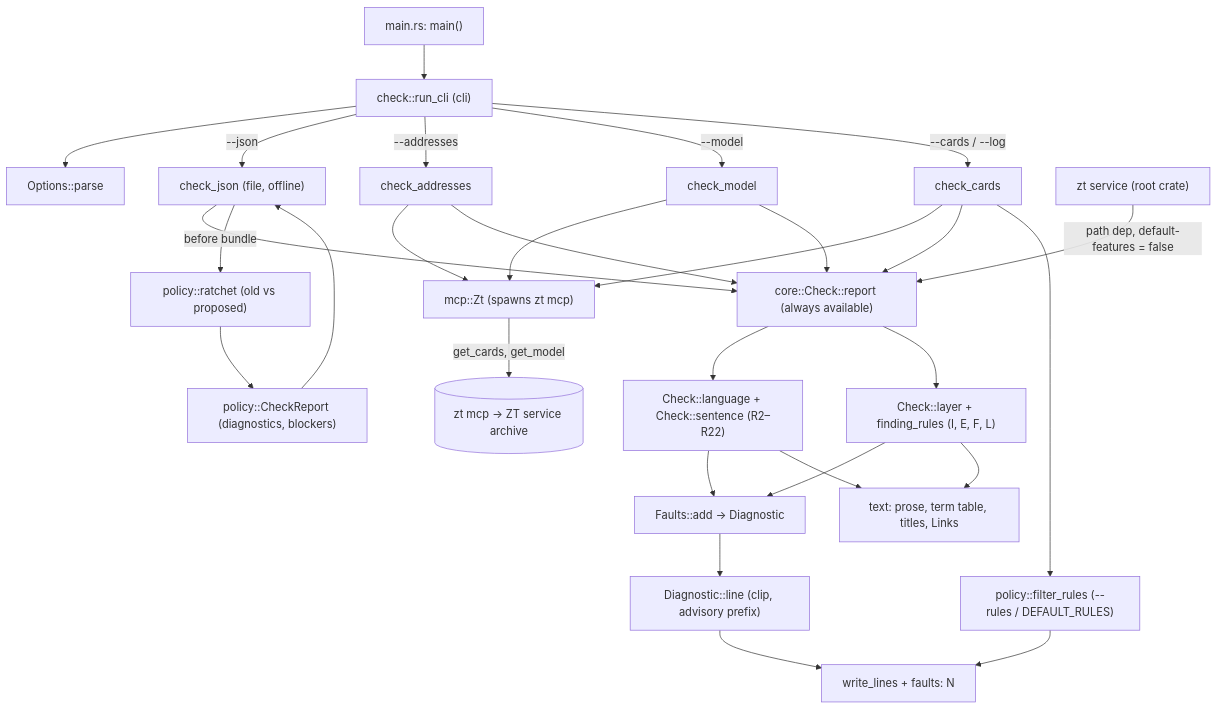
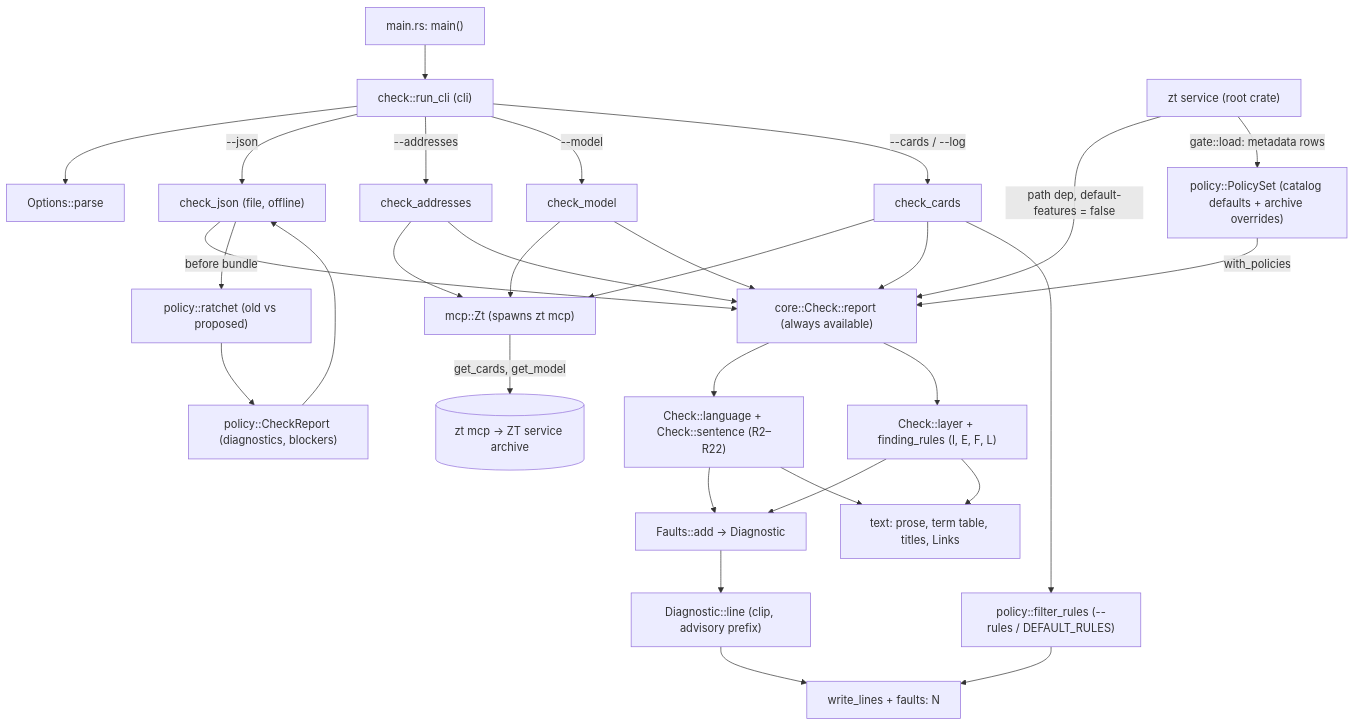
One commit to liudesheng9/zet changed the diagram in docs/wiki/zt-check.md. Above: the diagram before and after it, drawn with Mermaid. The commit also changed other lines of this file and 14 other files, not shown here.

````diff
--- a/docs/wiki/zt-check.md
+++ b/docs/wiki/zt-check.md
@@ -77,24 +85,26 @@
 ```mermaid
 flowchart TD
     main["main.rs: main()"] --> cli["check::run_cli (cli)"]
     cli --> parse["Options::parse"]
     cli -->|--json| cj["check_json (file, offline)"]
     cli -->|--addresses| ca["check_addresses"]
     cli -->|--model| cm["check_model"]
     cli -->|--cards / --log| cc["check_cards"]
     ca & cm & cc --> zt["mcp::Zt (spawns zt mcp)"]
     zt -->|get_cards, get_model| server[("zt mcp → ZT service archive")]
     cj & ca & cm & cc --> run["core::Check::report (always available)"]
+    pol["policy::PolicySet (catalog defaults + archive overrides)"] -->|with_policies| run
     run --> lang["Check::language + Check::sentence (R2–R22)"]
     run --> layer["Check::layer + finding_rules (I, E, F, L)"]
     lang & layer --> faults["Faults::add → Diagnostic"]
     lang & layer --> txt["text: prose, term table, titles, Links"]
     faults --> lines["Diagnostic::line (clip, advisory prefix)"]
     cj -->|before bundle| ratchet["policy::ratchet (old vs proposed)"]
     ratchet --> report["policy::CheckReport (diagnostics, blockers)"]
     report --> cj
     cc --> filter["policy::filter_rules (--rules / DEFAULT_RULES)"]
     lines --> out["write_lines + faults: N"]
     filter --> out
     svc["zt service (root crate)"] -->|"path dep, default-features = false"| run
+    svc -->|"gate::load: metadata rows"| pol
 ```
````
